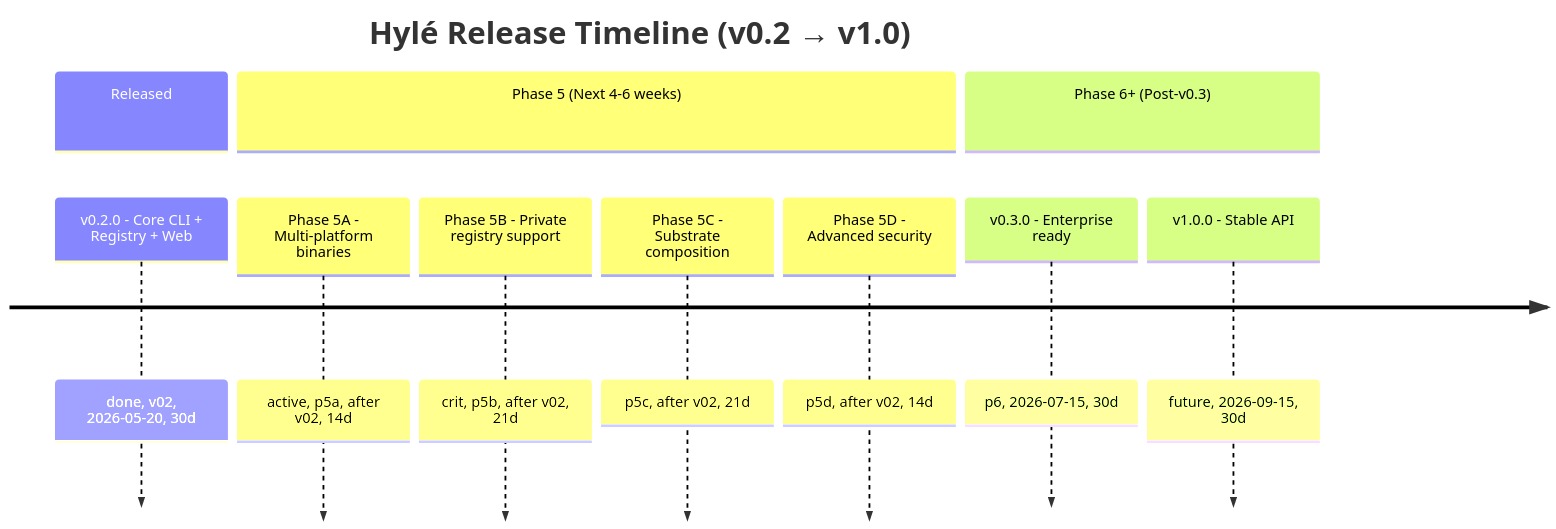
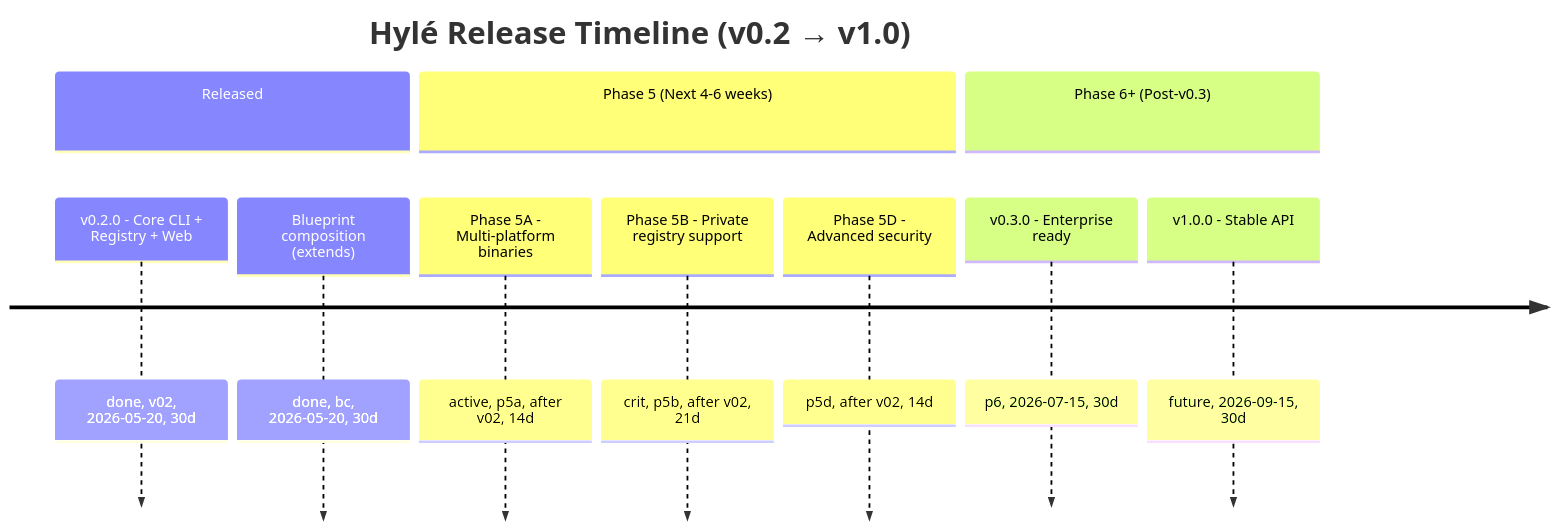
Before and after one commit to kittender/hyle: the diagram in web/docs/ROADMAP.md, drawn with Mermaid. The commit also changed other lines of this file and 70 other files, not shown here.

````diff
--- a/web/docs/ROADMAP.md
+++ b/web/docs/ROADMAP.md
@@ -11,17 +11,17 @@
 ```mermaid
 timeline
     title Hylé Release Timeline (v0.2 → v1.0)
     
     section Released
     v0.2.0 - Core CLI + Registry + Web : done, v02, 2026-05-20, 30d
+    Blueprint composition (extends) : done, bc, 2026-05-20, 30d
     
     section Phase 5 (Next 4-6 weeks)
     Phase 5A - Multi-platform binaries : active, p5a, after v02, 14d
     Phase 5B - Private registry support : crit, p5b, after v02, 21d
-    Phase 5C - Substrate composition : p5c, after v02, 21d
     Phase 5D - Advanced security : p5d, after v02, 14d
     
     section Phase 6+ (Post-v0.3)
     v0.3.0 - Enterprise ready : p6, 2026-07-15, 30d
     v1.0.0 - Stable API : future, 2026-09-15, 30d
 ```
````
